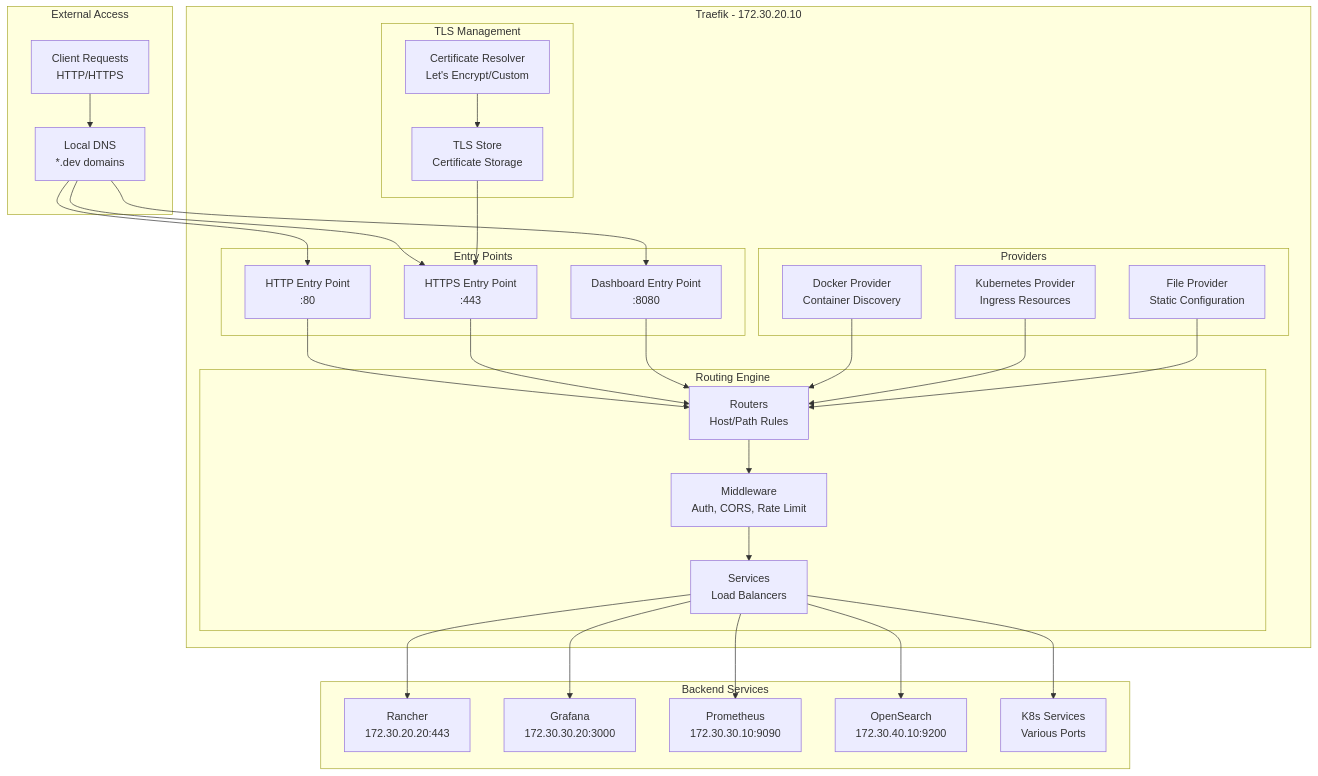
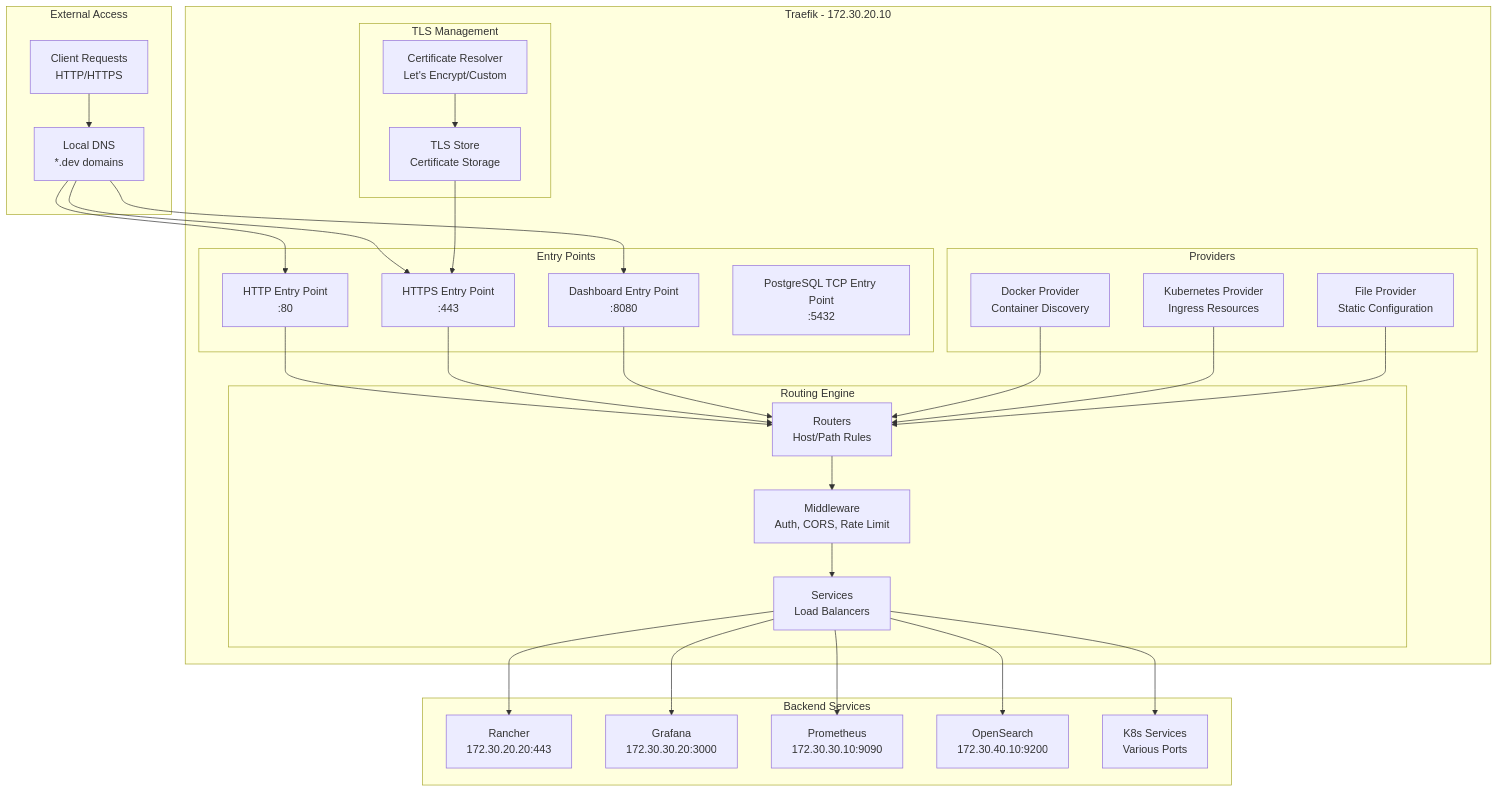
One commit to MUN1Z/k3s-dev-environment changed the diagram in docs/traefik/README.md. Above: the diagram before and after it, drawn with Mermaid. The commit also changed other lines of this file and 4 other files, not shown here.

First line of the commit message:
feat: Add Traefik TCP Ingress for PostgreSQL direct access

````diff
--- a/docs/traefik/README.md
+++ b/docs/traefik/README.md
@@ -18,65 +18,66 @@
 ```mermaid
 graph TB
     subgraph "External Access"
         CLIENT[Client Requests<br/>HTTP/HTTPS]
         DNS[Local DNS<br/>*.dev domains]
     end
     
     subgraph "Traefik - 172.30.20.10"
         subgraph "Entry Points"
             HTTP_EP[HTTP Entry Point<br/>:80]
             HTTPS_EP[HTTPS Entry Point<br/>:443]
             DASHBOARD_EP[Dashboard Entry Point<br/>:8080]
+            POSTGRES_EP[PostgreSQL TCP Entry Point<br/>:5432]
         end
         
         subgraph "Routing Engine"
             ROUTERS[Routers<br/>Host/Path Rules]
             MIDDLEWARE[Middleware<br/>Auth, CORS, Rate Limit]
             SERVICES[Services<br/>Load Balancers]
         end
         
         subgraph "Providers"
             DOCKER_PROVIDER[Docker Provider<br/>Container Discovery]
             K8S_PROVIDER[Kubernetes Provider<br/>Ingress Resources]
             FILE_PROVIDER[File Provider<br/>Static Configuration]
         end
         
         subgraph "TLS Management"
             CERT_RESOLVER[Certificate Resolver<br/>Let's Encrypt/Custom]
             TLS_STORE[TLS Store<br/>Certificate Storage]
         end
     end
     
     subgraph "Backend Services"
         RANCHER[Rancher<br/>172.30.20.20:443]
         GRAFANA[Grafana<br/>172.30.30.20:3000]
         PROMETHEUS[Prometheus<br/>172.30.30.10:9090]
         OPENSEARCH[OpenSearch<br/>172.30.40.10:9200]
         K8S_SERVICES[K8s Services<br/>Various Ports]
     end
     
     CLIENT --> DNS
     DNS --> HTTP_EP
     DNS --> HTTPS_EP
     DNS --> DASHBOARD_EP
     
     HTTP_EP --> ROUTERS
     HTTPS_EP --> ROUTERS
     DASHBOARD_EP --> ROUTERS
     
     ROUTERS --> MIDDLEWARE
     MIDDLEWARE --> SERVICES
     
     DOCKER_PROVIDER --> ROUTERS
     K8S_PROVIDER --> ROUTERS
     FILE_PROVIDER --> ROUTERS
     
     CERT_RESOLVER --> TLS_STORE
     TLS_STORE --> HTTPS_EP
     
     SERVICES --> RANCHER
     SERVICES --> GRAFANA
     SERVICES --> PROMETHEUS
     SERVICES --> OPENSEARCH
     SERVICES --> K8S_SERVICES
 ```
````
